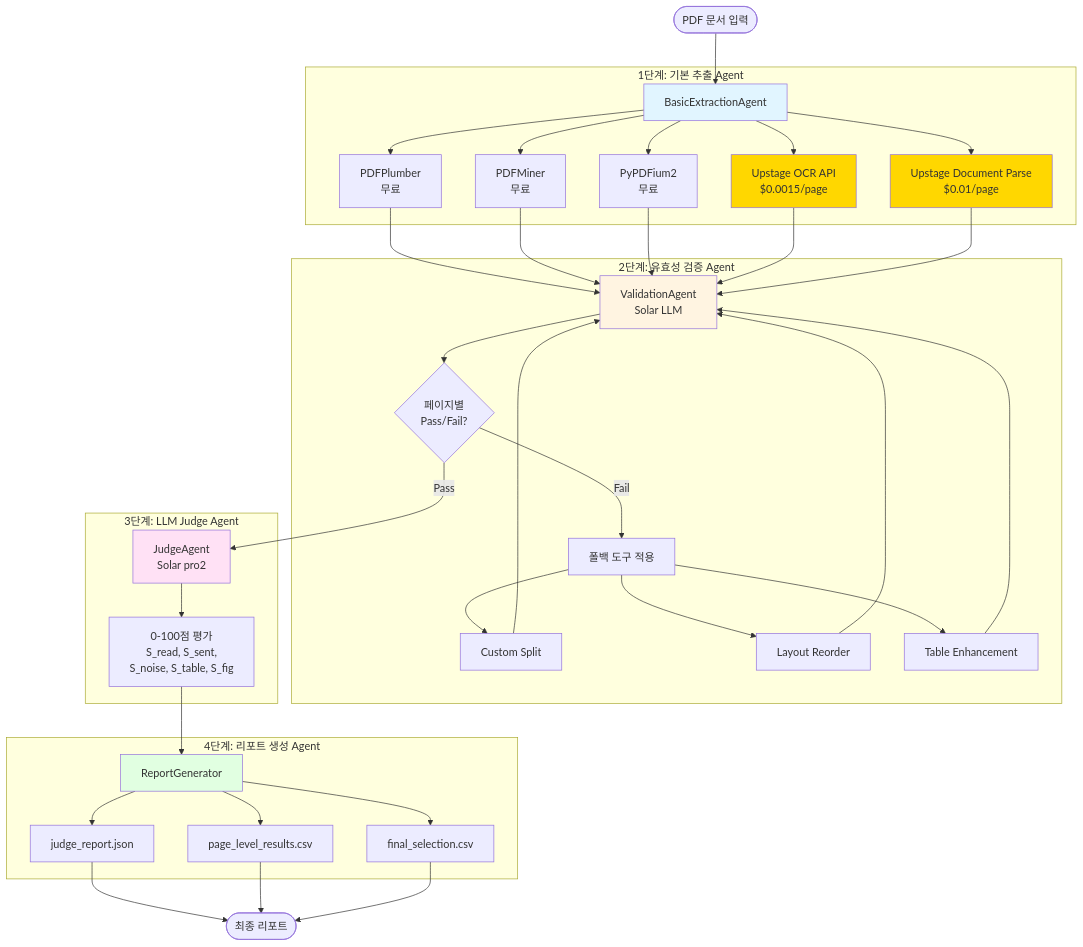
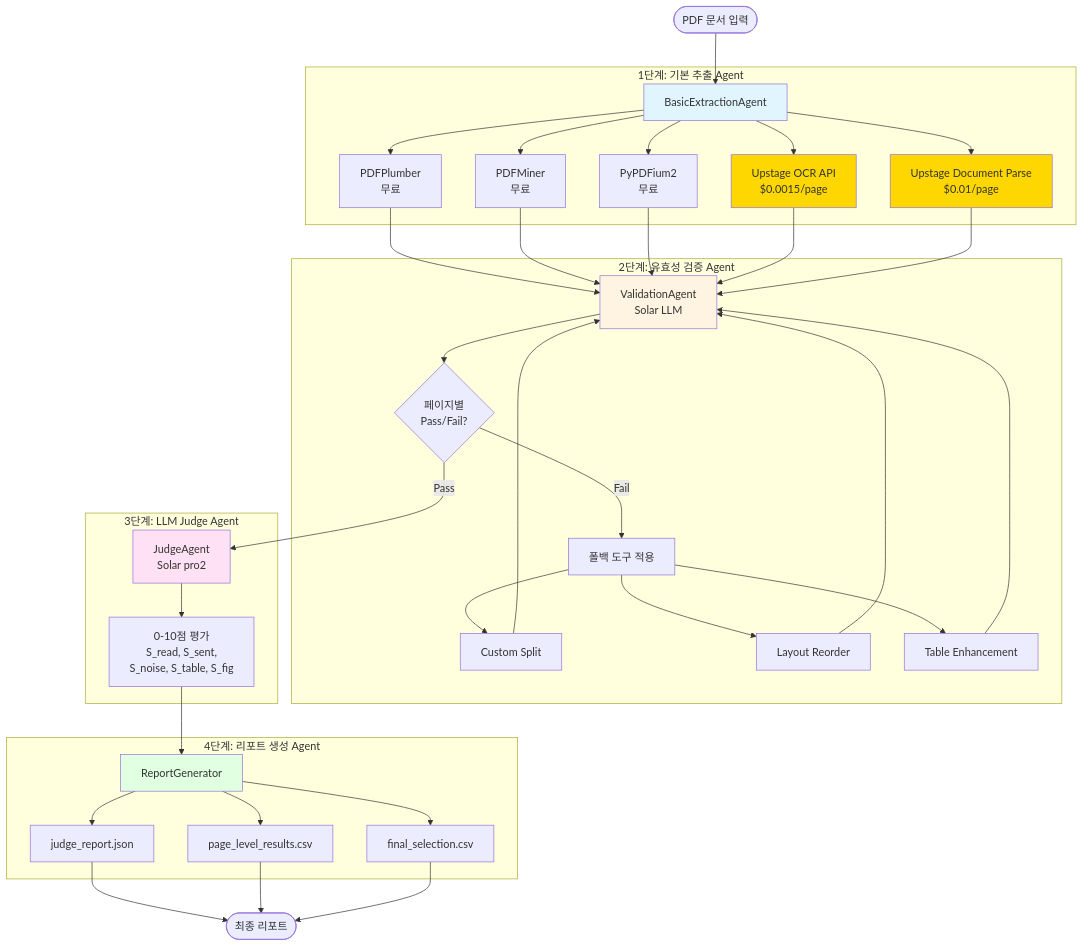
The first of 2 diagrams in README.md (P-oong/Doc-to-text_Parsing_Agent), drawn with Mermaid before and after one commit. The commit also changed other lines of this file, not shown here.

````diff
--- a/README.md
+++ b/README.md
@@ -25,76 +29,76 @@
 ```mermaid
 graph TB
     Start([PDF 문서 입력]) --> Agent1
     
     subgraph Stage1["1단계: 기본 추출 Agent"]
         Agent1[BasicExtractionAgent]
         Tool1[PDFPlumber<br/>무료]
         Tool2[PDFMiner<br/>무료]
         Tool3[PyPDFium2<br/>무료]
         Tool4[Upstage OCR API<br/>$0.0015/page]
         Tool5[Upstage Document Parse<br/>$0.01/page]
         
         Agent1 --> Tool1
         Agent1 --> Tool2
         Agent1 --> Tool3
         Agent1 --> Tool4
         Agent1 --> Tool5
     end
     
     Tool1 --> Agent2
     Tool2 --> Agent2
     Tool3 --> Agent2
     Tool4 --> Agent2
     Tool5 --> Agent2
     
     subgraph Stage2["2단계: 유효성 검증 Agent"]
         Agent2[ValidationAgent<br/>Solar LLM]
         Decision{페이지별<br/>Pass/Fail?}
         Fallback[폴백 도구 적용]
         FB1[Custom Split]
         FB2[Layout Reorder]
         FB3[Table Enhancement]
         
         Agent2 --> Decision
         Decision -->|Fail| Fallback
         Fallback --> FB1
         Fallback --> FB2
         Fallback --> FB3
         FB1 --> Agent2
         FB2 --> Agent2
         FB3 --> Agent2
     end
     
     Decision -->|Pass| Agent3
     
     subgraph Stage3["3단계: LLM Judge Agent"]
         Agent3[JudgeAgent<br/>Solar pro2]
-        Score[0-100점 평가<br/>S_read, S_sent,<br/>S_noise, S_table, S_fig]
+        Score[0-10점 평가<br/>S_read, S_sent,<br/>S_noise, S_table, S_fig]
         
         Agent3 --> Score
     end
     
     Score --> Agent4
     
     subgraph Stage4["4단계: 리포트 생성 Agent"]
         Agent4[ReportGenerator]
         Report1[judge_report.json]
         Report2[page_level_results.csv]
         Report3[final_selection.csv]
         
         Agent4 --> Report1
         Agent4 --> Report2
         Agent4 --> Report3
     end
     
     Report1 --> End([최종 리포트])
     Report2 --> End
     Report3 --> End
     
     style Agent1 fill:#e1f5ff
     style Agent2 fill:#fff4e1
     style Agent3 fill:#ffe1f5
     style Agent4 fill:#e1ffe1
     style Tool4 fill:#ffd700
     style Tool5 fill:#ffd700
 ```
````
